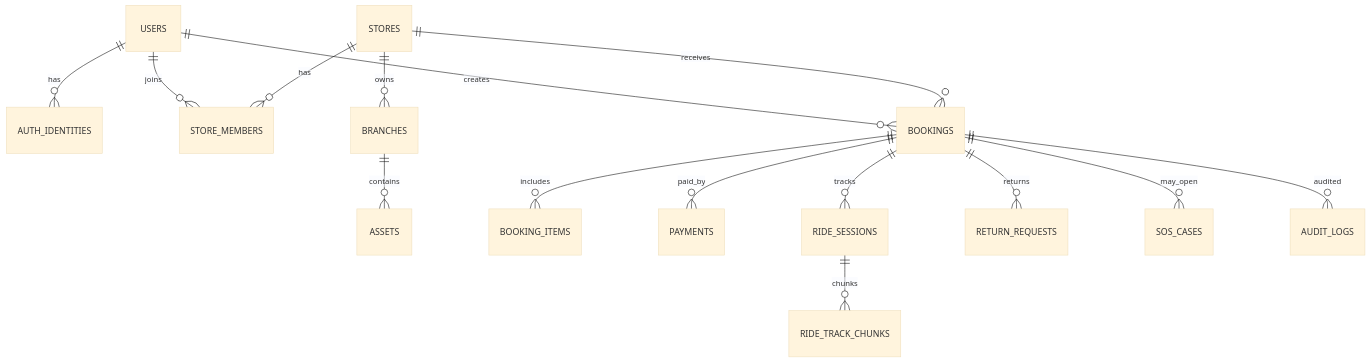
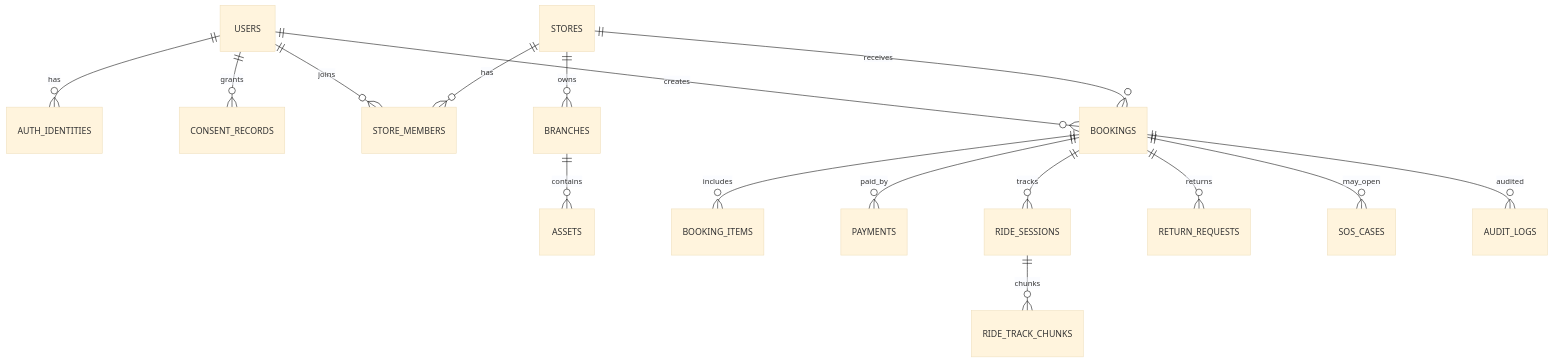
Before and after one commit to jariyahsoft/bike-local: the diagram in 03-database-design.md, drawn with Mermaid (base theme). The commit also changed other lines of this file and 64 other files, not shown here.

````diff
--- a/03-database-design.md
+++ b/03-database-design.md
@@ -65,17 +66,18 @@
 ```mermaid
 erDiagram
   USERS ||--o{ AUTH_IDENTITIES : has
+  USERS ||--o{ CONSENT_RECORDS : grants
   USERS ||--o{ STORE_MEMBERS : joins
   STORES ||--o{ BRANCHES : owns
   STORES ||--o{ STORE_MEMBERS : has
   BRANCHES ||--o{ ASSETS : contains
   USERS ||--o{ BOOKINGS : creates
   STORES ||--o{ BOOKINGS : receives
   BOOKINGS ||--o{ BOOKING_ITEMS : includes
   BOOKINGS ||--o{ PAYMENTS : paid_by
   BOOKINGS ||--o{ RIDE_SESSIONS : tracks
   RIDE_SESSIONS ||--o{ RIDE_TRACK_CHUNKS : chunks
   BOOKINGS ||--o{ RETURN_REQUESTS : returns
   BOOKINGS ||--o{ SOS_CASES : may_open
   BOOKINGS ||--o{ AUDIT_LOGS : audited
 ```
````
